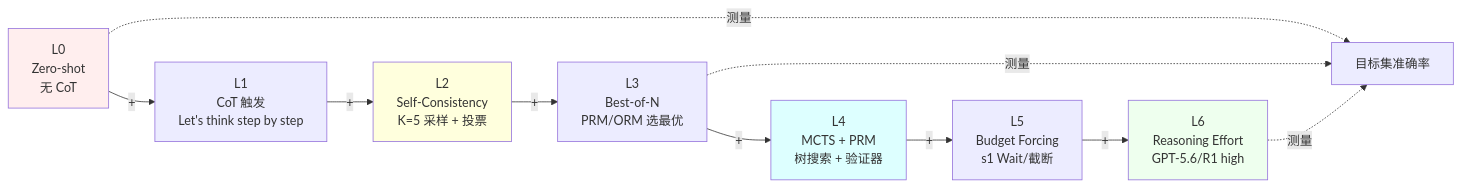
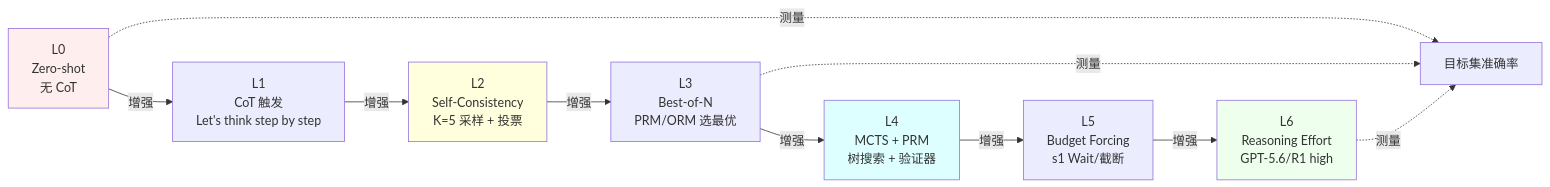
One commit to BeefWrap4/LLM-Knowledge-Base changed the seventh of 7 diagrams in 27_推理模型与Test-Time_Compute.md. Above: the diagram before and after it, drawn with Mermaid. The commit also changed other lines of this file and 12 other files, not shown here.

Commit message:
Fix Mermaid markdown label rendering

````diff
--- a/27_推理模型与Test-Time_Compute.md
+++ b/27_推理模型与Test-Time_Compute.md
@@ -350,16 +350,16 @@
 ```mermaid
 graph LR
-    L0["L0<br/>Zero-shot<br/>无 CoT"] -->|+| L1["L1<br/>CoT 触发<br/>Let's think step by step"]
-    L1 -->|+| L2["L2<br/>Self-Consistency<br/>K=5 采样 + 投票"]
-    L2 -->|+| L3["L3<br/>Best-of-N<br/>PRM/ORM 选最优"]
-    L3 -->|+| L4["L4<br/>MCTS + PRM<br/>树搜索 + 验证器"]
-    L4 -->|+| L5["L5<br/>Budget Forcing<br/>s1 Wait/截断"]
-    L5 -->|+| L6["L6<br/>Reasoning Effort<br/>GPT-5.6/R1 high"]
+    L0["L0<br/>Zero-shot<br/>无 CoT"] -->|增强| L1["L1<br/>CoT 触发<br/>Let's think step by step"]
+    L1 -->|增强| L2["L2<br/>Self-Consistency<br/>K=5 采样 + 投票"]
+    L2 -->|增强| L3["L3<br/>Best-of-N<br/>PRM/ORM 选最优"]
+    L3 -->|增强| L4["L4<br/>MCTS + PRM<br/>树搜索 + 验证器"]
+    L4 -->|增强| L5["L5<br/>Budget Forcing<br/>s1 Wait/截断"]
+    L5 -->|增强| L6["L6<br/>Reasoning Effort<br/>GPT-5.6/R1 high"]
     L0 -.->|"测量"| A1["目标集准确率"]
     L3 -.->|"测量"| A1
     L6 -.->|"测量"| A1
     style L0 fill:#fee
     style L6 fill:#efe
     style L2 fill:#ffd
     style L4 fill:#dff
 ```
````
